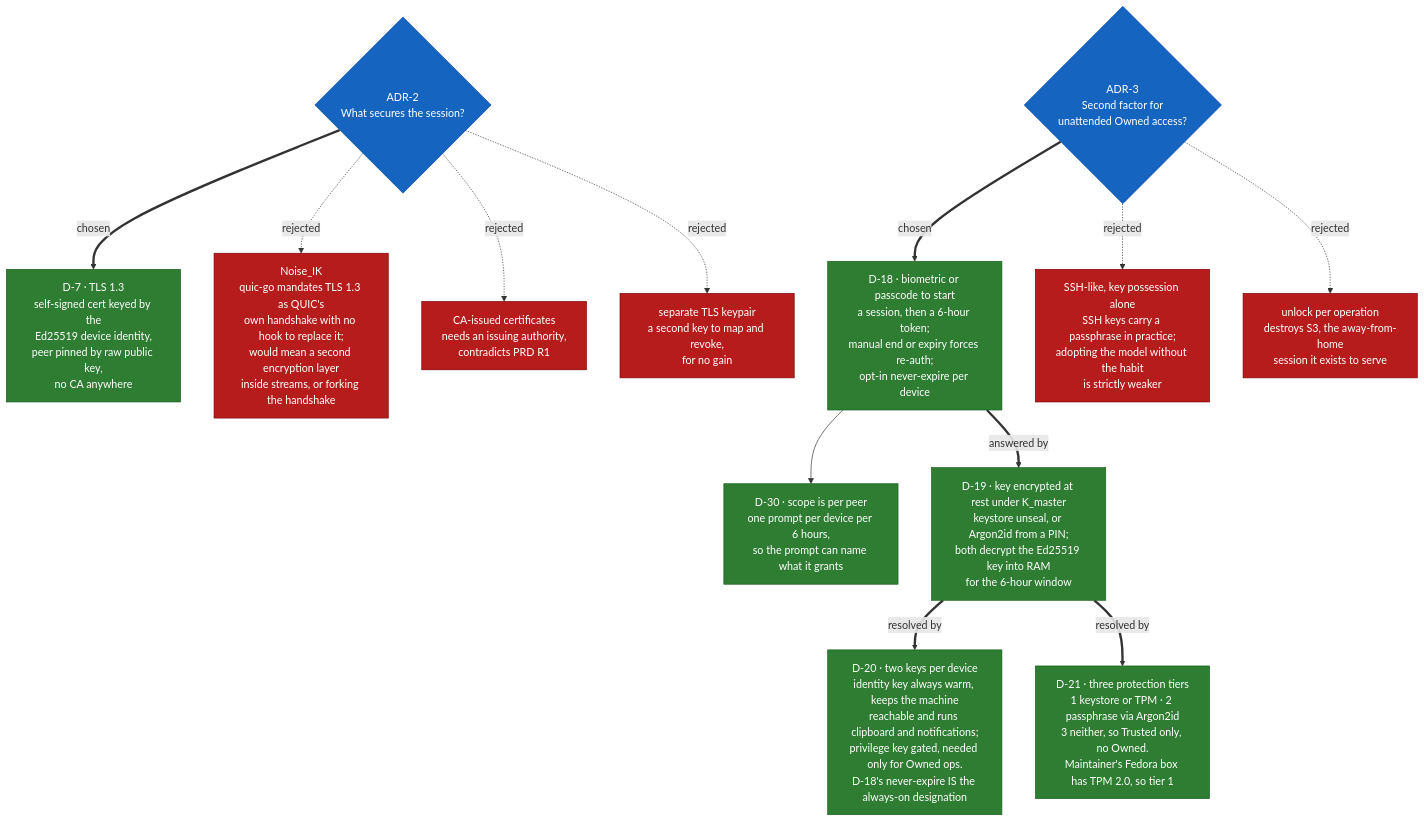
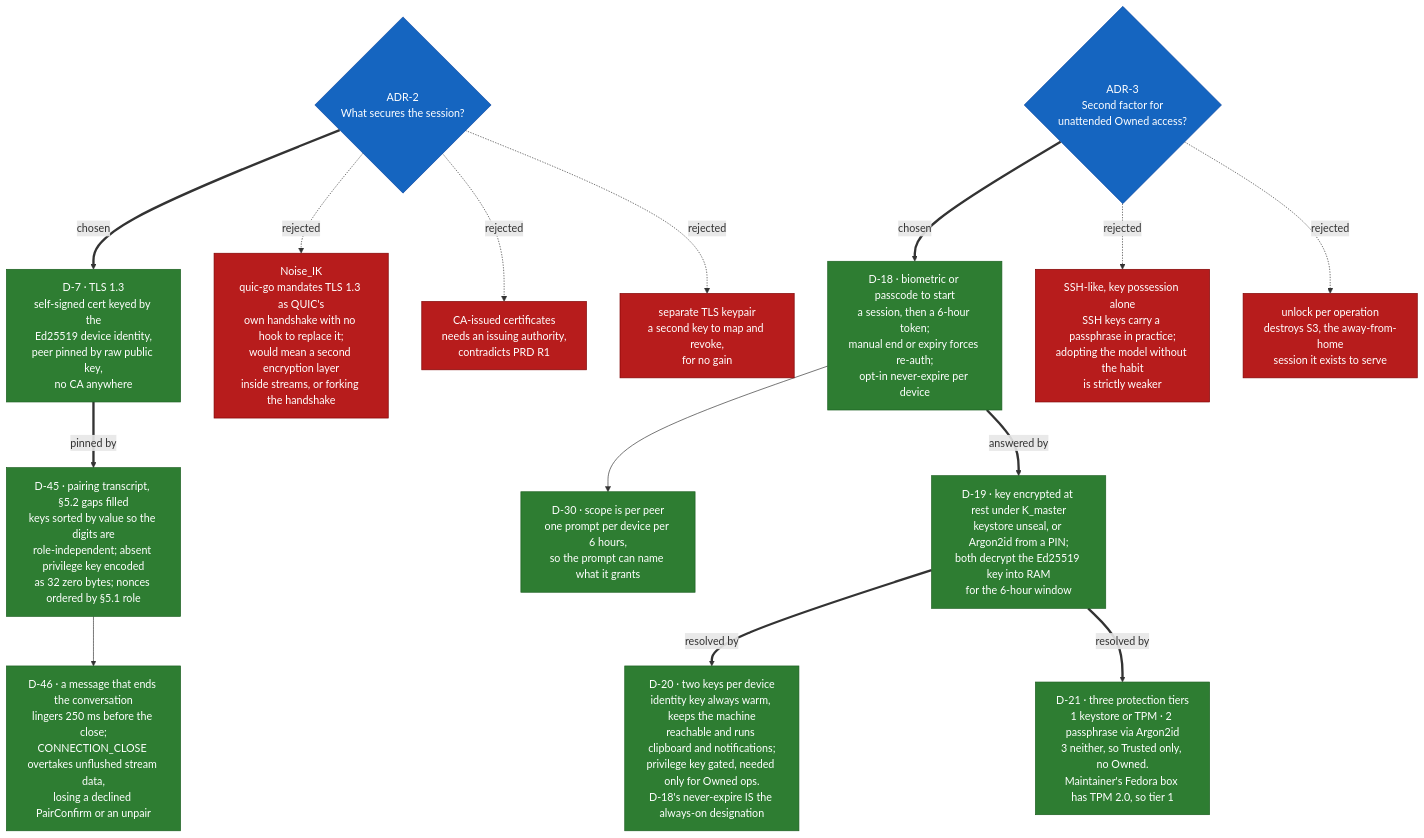
The second of 4 diagrams in docs/decision-tree.md (shreyashsri79/OpenAir), drawn with Mermaid before and after one commit. The commit also changed other lines of this file and 19 other files, not shown here.

````diff
--- a/docs/decision-tree.md
+++ b/docs/decision-tree.md
@@ -97,22 +99,25 @@
 ```mermaid
 flowchart TD
     Q3{"ADR-2<br/>What secures the session?"}:::question
     Q3 ==chosen==> D7["D-7 · TLS 1.3<br/>self-signed cert keyed by the<br/>Ed25519 device identity,<br/>peer pinned by raw public key,<br/>no CA anywhere"]:::accepted
     Q3 -.rejected.-> R3A["Noise_IK<br/>quic-go mandates TLS 1.3 as QUIC's<br/>own handshake with no hook to replace it;<br/>would mean a second encryption layer<br/>inside streams, or forking the handshake"]:::rejected
     Q3 -.rejected.-> R3B["CA-issued certificates<br/>needs an issuing authority,<br/>contradicts PRD R1"]:::rejected
     Q3 -.rejected.-> R3C["separate TLS keypair<br/>a second key to map and revoke,<br/>for no gain"]:::rejected
 
     Q4{"ADR-3<br/>Second factor for<br/>unattended Owned access?"}:::question
     Q4 ==chosen==> D18["D-18 · biometric or passcode to start<br/>a session, then a 6-hour token;<br/>manual end or expiry forces re-auth;<br/>opt-in never-expire per device"]:::accepted
     D18 --> D30["D-30 · scope is per peer<br/>one prompt per device per 6 hours,<br/>so the prompt can name what it grants"]:::accepted
     D18 ==answered by==> D19["D-19 · key encrypted at rest under K_master<br/>keystore unseal, or Argon2id from a PIN;<br/>both decrypt the Ed25519 key into RAM<br/>for the 6-hour window"]:::accepted
     D19 ==resolved by==> D20["D-20 · two keys per device<br/>identity key always warm, keeps the machine<br/>reachable and runs clipboard and notifications;<br/>privilege key gated, needed only for Owned ops.<br/>D-18's never-expire IS the always-on designation"]:::accepted
     D19 ==resolved by==> D21["D-21 · three protection tiers<br/>1 keystore or TPM · 2 passphrase via Argon2id<br/>3 neither, so Trusted only, no Owned.<br/>Maintainer's Fedora box has TPM 2.0, so tier 1"]:::accepted
+    D7 ==pinned by==> D45["D-45 · pairing transcript, §5.2 gaps filled<br/>keys sorted by value so the digits are<br/>role-independent; absent privilege key encoded<br/>as 32 zero bytes; nonces ordered by §5.1 role"]:::accepted
+    D45 --> D46["D-46 · a message that ends the conversation<br/>lingers 250 ms before the close;<br/>CONNECTION_CLOSE overtakes unflushed stream data,<br/>losing a declined PairConfirm or an unpair"]:::accepted
+
     Q4 -.rejected.-> R4A["SSH-like, key possession alone<br/>SSH keys carry a passphrase in practice;<br/>adopting the model without the habit<br/>is strictly weaker"]:::rejected
     Q4 -.rejected.-> R4B["unlock per operation<br/>destroys S3, the away-from-home<br/>session it exists to serve"]:::rejected
 
     classDef question fill:#1565c0,color:#fff,stroke:#0d47a1
     classDef accepted fill:#2e7d32,color:#fff,stroke:#1b5e20
     classDef rejected fill:#b71c1c,color:#fff,stroke:#7f0000
     classDef open fill:#ef6c00,color:#fff,stroke:#e65100
 ```
````
